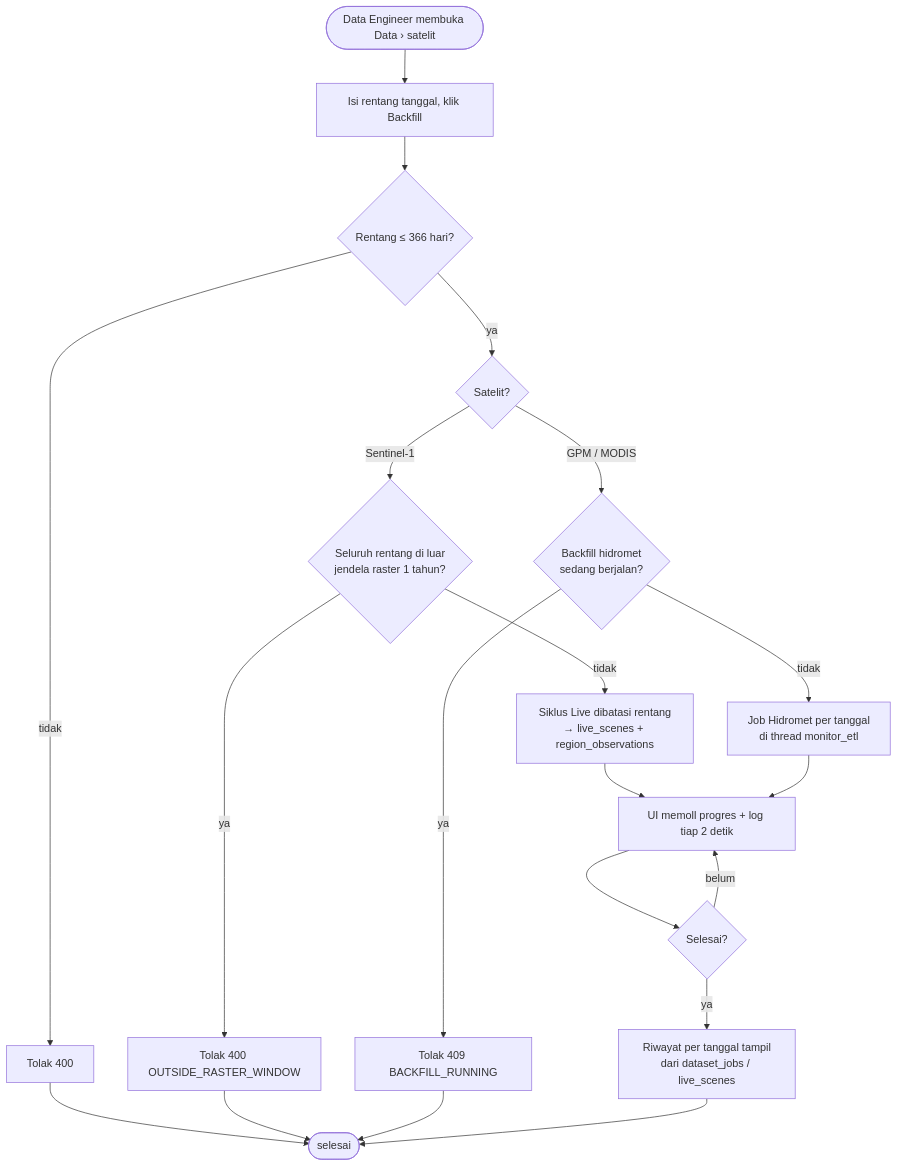
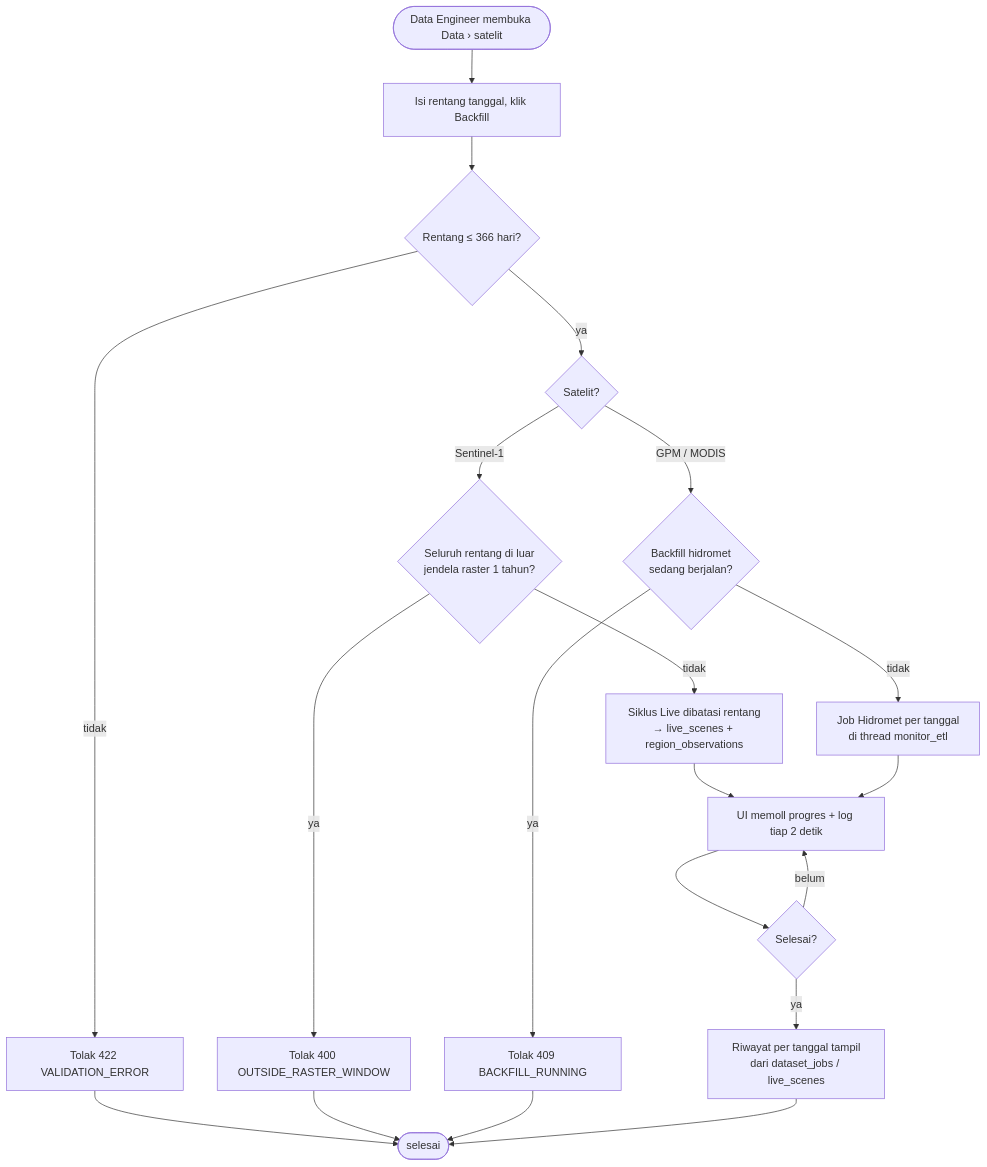
One commit to not-notyou-you/orbit_u_monitor changed the third of 4 diagrams in DOCS/INTERFACE.md. Above: the diagram before and after it, drawn with Mermaid. The commit also changed other lines of this file and 330 other files, not shown here.

````diff
--- a/DOCS/INTERFACE.md
+++ b/DOCS/INTERFACE.md
@@ -636,18 +648,18 @@
 ```mermaid
 flowchart TD
     a([Data Engineer membuka Data › satelit]) --> b[Isi rentang tanggal, klik Backfill]
     b --> c{Rentang ≤ 366 hari?}
-    c -- tidak --> e1[Tolak 400] --> z([selesai])
+    c -- tidak --> e1[Tolak 422 VALIDATION_ERROR] --> z([selesai])
     c -- ya --> d{Satelit?}
     d -- Sentinel-1 --> s1{Seluruh rentang di luar<br/>jendela raster 1 tahun?}
     s1 -- ya --> e2[Tolak 400 OUTSIDE_RASTER_WINDOW] --> z
     s1 -- tidak --> live[Siklus Live dibatasi rentang<br/>→ live_scenes + region_observations]
     d -- GPM / MODIS --> run{Backfill hidromet<br/>sedang berjalan?}
     run -- ya --> e3[Tolak 409 BACKFILL_RUNNING] --> z
     run -- tidak --> job[Job Hidromet per tanggal<br/>di thread monitor_etl]
     live --> poll
     job --> poll[UI memoll progres + log tiap 2 detik]
     poll --> fin{Selesai?}
     fin -- belum --> poll
     fin -- ya --> hist[Riwayat per tanggal tampil<br/>dari dataset_jobs / live_scenes] --> z
 ```
````
